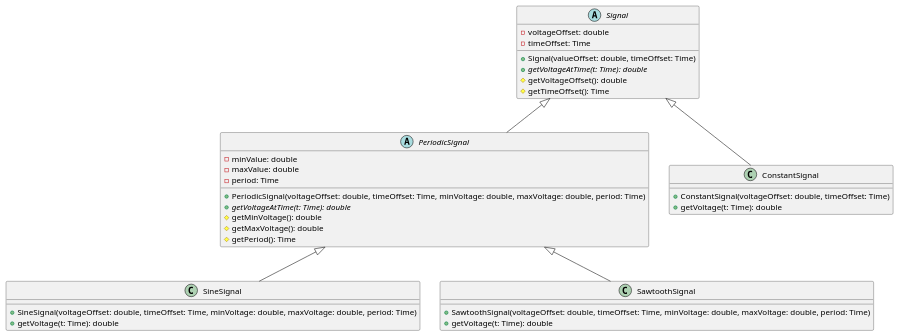
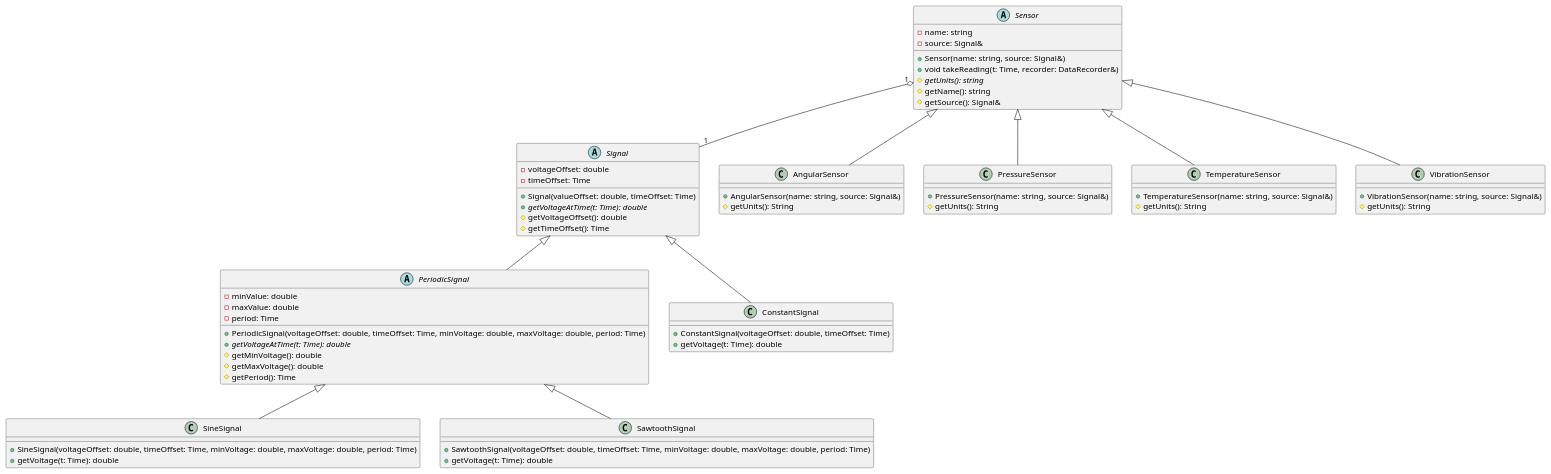
One commit to skylasercolorado/AirplaneMonitor changed the diagram in doc/AirplaneMonitor.puml. Above: the diagram before and after it, drawn with PlantUML. The commit also changed 1 other file, not shown here.

Commit message:
uml, part 3

```diff
--- a/doc/AirplaneMonitor.puml
+++ b/doc/AirplaneMonitor.puml
@@ -1,45 +1,84 @@
 @startuml
 
 class SineSignal {
 +SineSignal(voltageOffset: double, timeOffset: Time, minVoltage: double, maxVoltage: double, period: Time)
 +getVoltage(t: Time): double
 }
 
 class SawtoothSignal {
 +SawtoothSignal(voltageOffset: double, timeOffset: Time, minVoltage: double, maxVoltage: double, period: Time)
 +getVoltage(t: Time): double
 }
 
 abstract class PeriodicSignal {
 -minValue: double
 -maxValue: double
 -period: Time
 
 +PeriodicSignal(voltageOffset: double, timeOffset: Time, minVoltage: double, maxVoltage: double, period: Time)
 +{abstract} getVoltageAtTime(t: Time): double
 #getMinVoltage(): double
 #getMaxVoltage(): double
 #getPeriod(): Time
 }
 
 class ConstantSignal {
 +ConstantSignal(voltageOffset: double, timeOffset: Time)
 +getVoltage(t: Time): double
 }
 
 abstract class Signal {
 -voltageOffset: double
 -timeOffset: Time
 
 +Signal(valueOffset: double, timeOffset: Time)
 +{abstract} getVoltageAtTime(t: Time): double
 #getVoltageOffset(): double
 #getTimeOffset(): Time
 }
 
 PeriodicSignal <|-- SineSignal
 PeriodicSignal <|-- SawtoothSignal
 
 Signal <|-- ConstantSignal
 Signal <|-- PeriodicSignal
+
+class AngularSensor {
++AngularSensor(name: string, source: Signal&)
+#getUnits(): String
+}
+
+class PressureSensor {
++PressureSensor(name: string, source: Signal&)
+#getUnits(): String
+}
+
+class TemperatureSensor {
++TemperatureSensor(name: string, source: Signal&)
+#getUnits(): String
+}
+
+class VibrationSensor {
++VibrationSensor(name: string, source: Signal&)
+#getUnits(): String
+}
+
+abstract class Sensor {
+-name: string
+-source: Signal&
+
++Sensor(name: string, source: Signal&)
++void takeReading(t: Time, recorder: DataRecorder&)
+#{abstract} getUnits(): string
+#getName(): string
+#getSource(): Signal&
+}
+
+Sensor <|-- AngularSensor
+Sensor <|-- PressureSensor
+Sensor <|-- TemperatureSensor
+Sensor <|-- VibrationSensor
+
+Sensor "1" o-- "1" Signal
+
 @enduml
```
